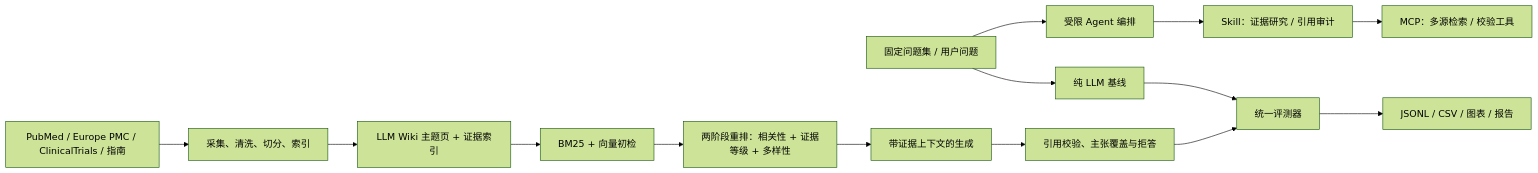
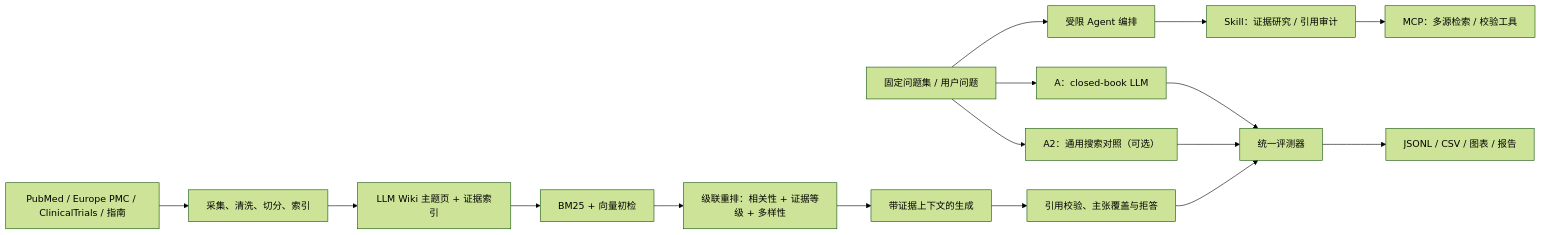
One commit to neko-claw/OpenEvidence_trace3 changed the diagram in docs/OpenEvidence_MVP_赛道1与赛道3实施规划.md. Above: the diagram before and after it, drawn with Mermaid (forest theme). The commit also changed other lines of this file, not shown here.

````diff
--- a/docs/OpenEvidence_MVP_赛道1与赛道3实施规划.md
+++ b/docs/OpenEvidence_MVP_赛道1与赛道3实施规划.md
@@ -61,16 +64,18 @@
 ```mermaid
 flowchart LR
     Q["固定问题集 / 用户问题"] --> A["受限 Agent 编排"]
     A --> T["Skill：证据研究 / 引用审计"]
     T --> M["MCP：多源检索 / 校验工具"]
-    Q --> B["纯 LLM 基线"]
+    Q --> B["A：closed-book LLM"]
+    Q --> B2["A2：通用搜索对照（可选）"]
     S["PubMed / Europe PMC / ClinicalTrials / 指南"] --> I["采集、清洗、切分、索引"]
     I --> W["LLM Wiki 主题页 + 证据索引"]
     W --> R["BM25 + 向量初检"]
-    R --> X["两阶段重排：相关性 + 证据等级 + 多样性"]
+    R --> X["级联重排：相关性 + 证据等级 + 多样性"]
     X --> G["带证据上下文的生成"]
     G --> V["引用校验、主张覆盖与拒答"]
     B --> E["统一评测器"]
+    B2 --> E
     V --> E
     E --> O["JSONL / CSV / 图表 / 报告"]
 ```
````
